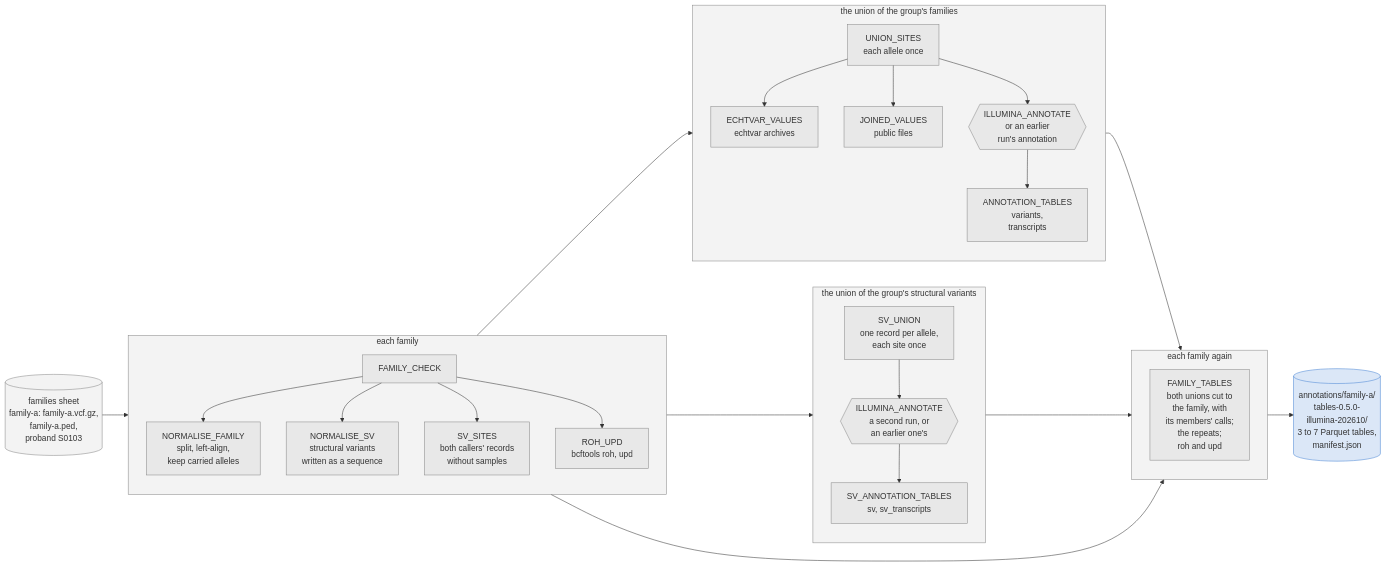
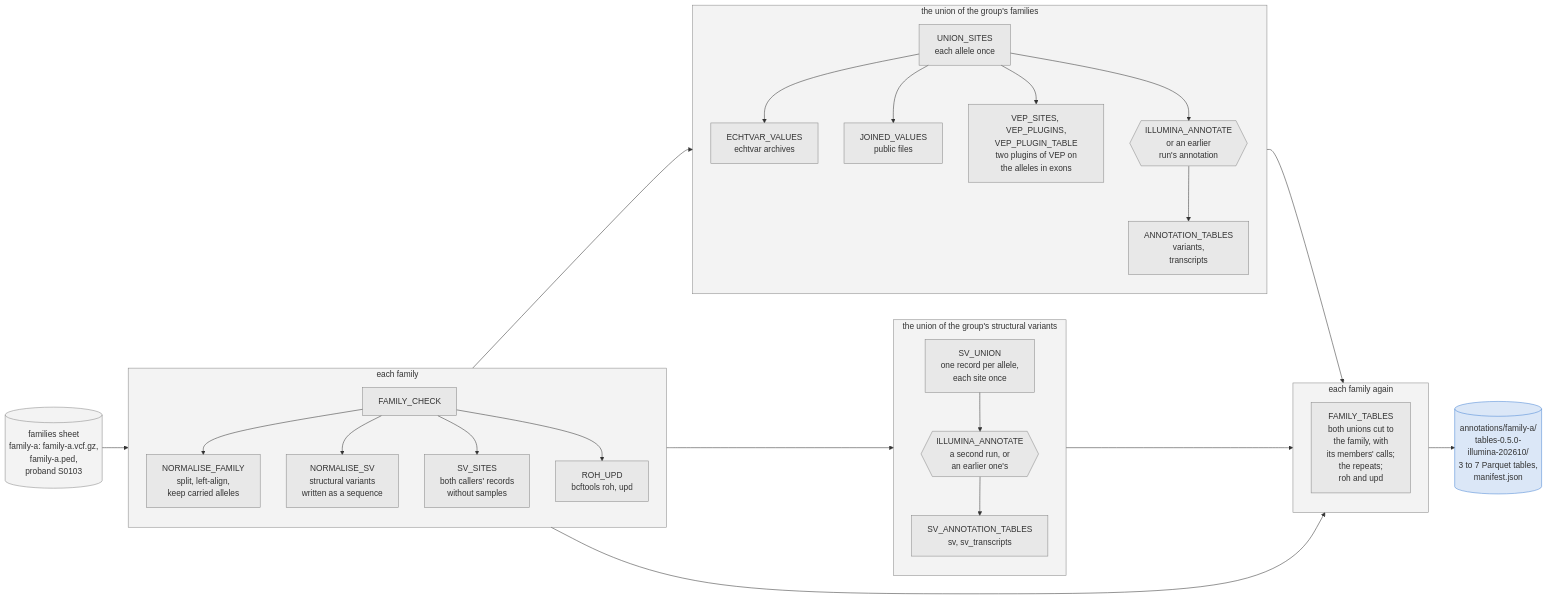
One commit to populationgenomics/case-annotation-pipeline changed the third of 3 diagrams in docs/annotation.md. Above: the diagram before and after it, drawn with Mermaid. The commit also changed other lines of this file and 22 other files, not shown here.

````diff
--- a/docs/annotation.md
+++ b/docs/annotation.md
@@ -425,55 +425,57 @@
 ```mermaid
 flowchart LR
     IN[("families sheet<br/>family-a: family-a.vcf.gz,<br/>family-a.ped,<br/>proband S0103")]
 
     subgraph EACH["each family"]
         direction TB
         CHECK["FAMILY_CHECK"]
         NORMALISE["NORMALISE_FAMILY<br/>split, left-align,<br/>keep carried alleles"]
         SV["NORMALISE_SV<br/>structural variants<br/>written as a sequence"]
         SVSITES["SV_SITES<br/>both callers' records<br/>without samples"]
         ROHUPD["ROH_UPD<br/>bcftools roh, upd"]
         CHECK --> NORMALISE
         CHECK --> SV
         CHECK --> SVSITES
         CHECK --> ROHUPD
     end
 
     subgraph UNION["the union of the group's families"]
         direction TB
         SITES["UNION_SITES<br/>each allele once"]
         VALUES["ECHTVAR_VALUES<br/>echtvar archives"]
         JOINED["JOINED_VALUES<br/>public files"]
+        VEP["VEP_SITES, VEP_PLUGINS,<br/>VEP_PLUGIN_TABLE<br/>two plugins of VEP on<br/>the alleles in exons"]
         ANNOTATE{{"ILLUMINA_ANNOTATE<br/>or an earlier<br/>run's annotation"}}
         TABLES["ANNOTATION_TABLES<br/>variants,<br/>transcripts"]
         SITES --> VALUES
         SITES --> JOINED
+        SITES --> VEP
         SITES --> ANNOTATE --> TABLES
     end
 
     subgraph SVUNION["the union of the group's structural variants"]
         direction TB
         SVU["SV_UNION<br/>one record per allele,<br/>each site once"]
         SVANNOTATE{{"ILLUMINA_ANNOTATE<br/>a second run, or<br/>an earlier one's"}}
         SVTABLES["SV_ANNOTATION_TABLES<br/>sv, sv_transcripts"]
         SVU --> SVANNOTATE --> SVTABLES
     end
 
     subgraph CUT["each family again"]
         direction TB
         FAMILY["FAMILY_TABLES<br/>both unions cut to<br/>the family, with<br/>its members' calls;<br/>the repeats;<br/>roh and upd"]
     end
 
     OUT[("annotations/family-a/<br/>tables-0.5.0-<br/>illumina-202610/<br/>3 to 7 Parquet tables,<br/>manifest.json")]
 
     IN --> EACH --> UNION --> CUT --> OUT
     EACH --> SVUNION --> CUT
     EACH --> CUT
 
     classDef default fill:#8888881a,stroke:#888888
     style EACH fill:#8888881a,stroke:#888888
     style UNION fill:#8888881a,stroke:#888888
     style SVUNION fill:#8888881a,stroke:#888888
     style CUT fill:#8888881a,stroke:#888888
     style OUT fill:#4a86d433,stroke:#4a86d4
 ```
````
